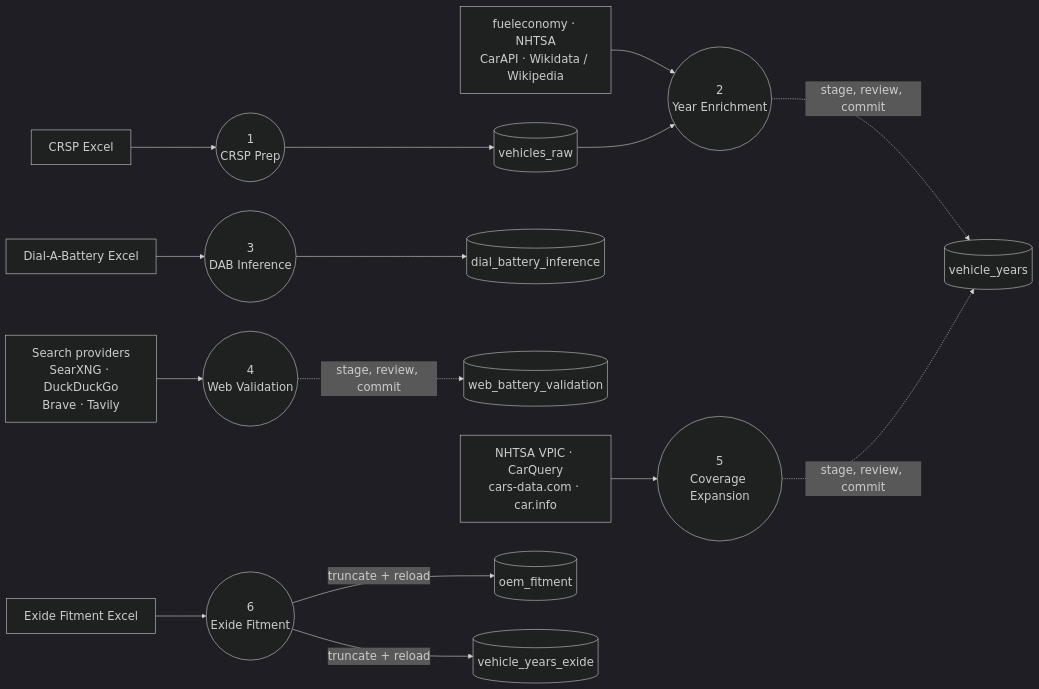
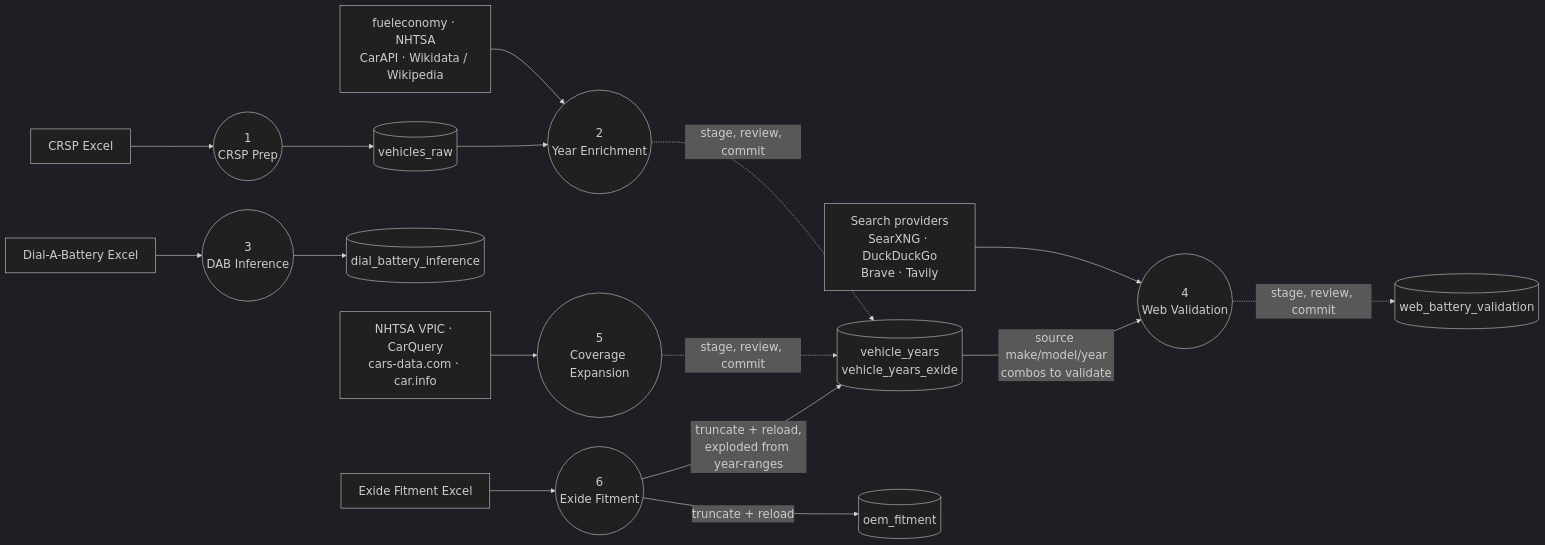
Before and after one commit to em-brandon/Chloride-Exide-KE-Battery-Finder-Web-App: the fourth of 8 diagrams in README.md, drawn with Mermaid. The commit also changed other lines of this file, not shown here.

First line of the commit message:
docs: merge vehicle_years/_exide into one store in P3 DFD, add web-validate read edge

````diff
--- a/README.md
+++ b/README.md
@@ -190,23 +190,24 @@
 ```mermaid
 %%{init: {'theme': 'dark', 'themeVariables': {'fontSize': '20px'}, 'flowchart': {'nodeSpacing': 50, 'rankSpacing': 80, 'curve': 'basis'}}}%%
 flowchart LR
     EXT1["CRSP Excel"] --> P3a(("1<br/>CRSP Prep"))
     P3a --> VR[("vehicles_raw")]
 
     EXT2["fueleconomy · NHTSA<br/>CarAPI · Wikidata / Wikipedia"] --> P3b(("2<br/>Year Enrichment"))
     VR --> P3b
-    P3b -. "stage, review, commit" .-> DS1[("vehicle_years")]
+    P3b -. "stage, review, commit" .-> DS1
 
     EXT3["Dial-A-Battery Excel"] --> P3c(("3<br/>DAB Inference"))
     P3c --> DS5[("dial_battery_inference")]
 
     EXT4["Search providers<br/>SearXNG · DuckDuckGo<br/>Brave · Tavily"] --> P3d(("4<br/>Web Validation"))
+    DS1 -- "source make/model/year<br/>combos to validate" --> P3d
     P3d -. "stage, review, commit" .-> DS6[("web_battery_validation")]
 
     EXT5["NHTSA VPIC · CarQuery<br/>cars-data.com · car.info"] --> P3e(("5<br/>Coverage Expansion"))
     P3e -. "stage, review, commit" .-> DS1
 
     EXT6["Exide Fitment Excel"] --> P3f(("6<br/>Exide Fitment"))
     P3f -- "truncate + reload" --> DS4[("oem_fitment")]
-    P3f -- "truncate + reload" --> DS1b[("vehicle_years_exide")]
+    P3f -- "truncate + reload,<br/>exploded from year-ranges" --> DS1[("vehicle_years<br/>vehicle_years_exide")]
 ```
````
